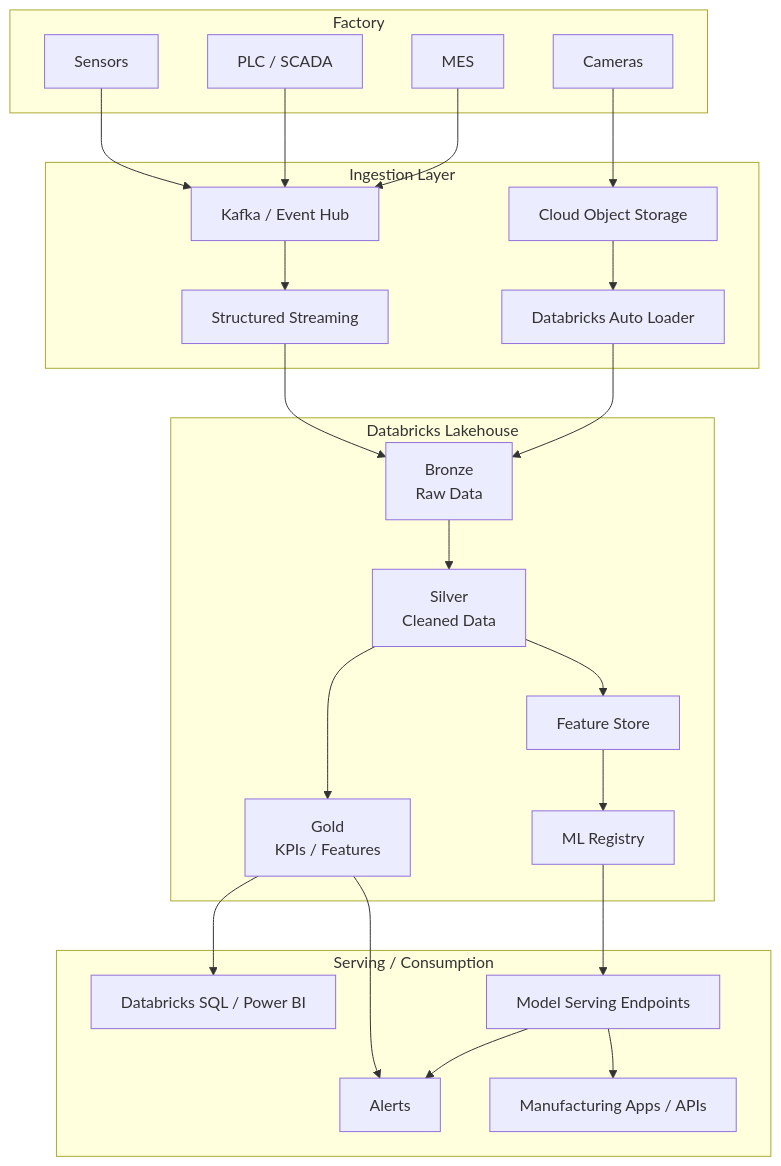
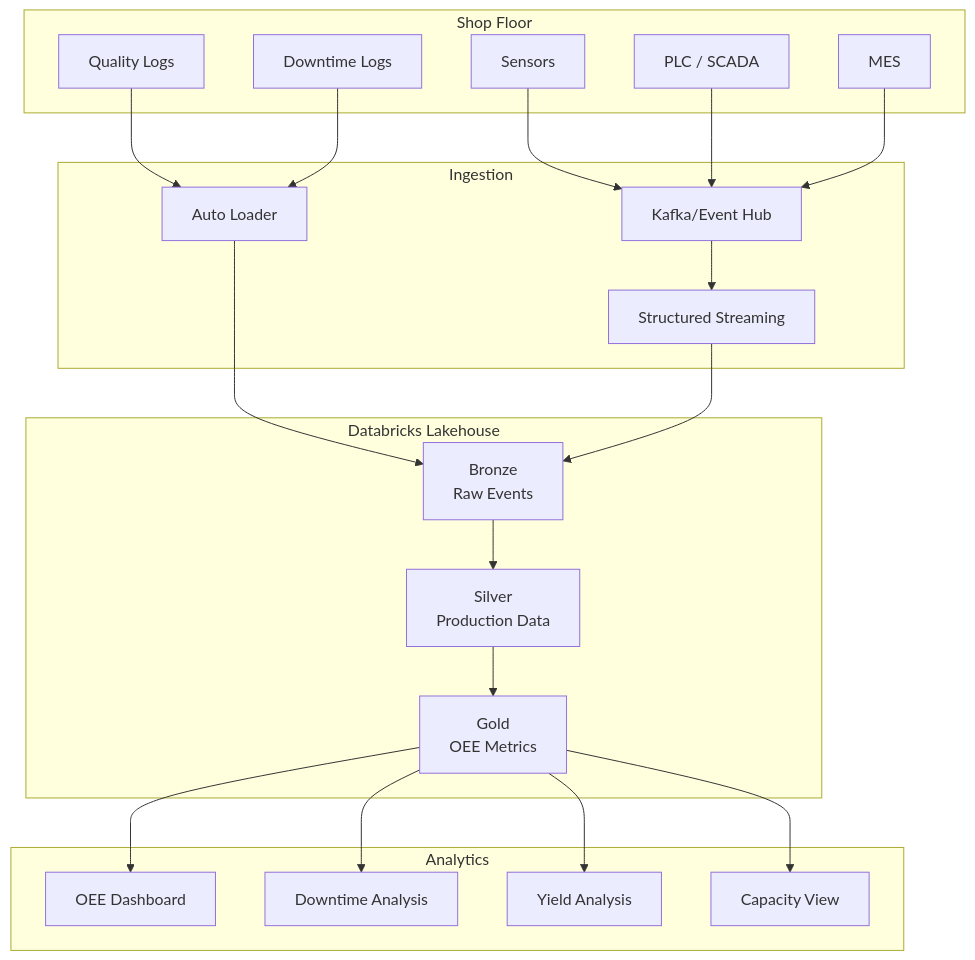
One commit to SOLVERIGHT/smart-manufacturing changed the diagram in README.md. Above: the diagram before and after it, drawn with Mermaid. The commit also changed other lines of this file, not shown here.

````diff
--- a/README.md
+++ b/README.md
@@ -3,59 +3,48 @@
 ```mermaid
 flowchart TB
 
-    %% External factory systems
-    subgraph Factory["Factory"]
+    subgraph ShopFloor["Shop Floor"]
         Sensors["Sensors"]
         PLC["PLC / SCADA"]
         MES["MES"]
-        Cameras["Cameras"]
+        Quality["Quality Logs"]
+        Downtime["Downtime Logs"]
     end
 
-    %% Ingestion layer
-    subgraph Ingestion["Ingestion Layer"]
-        Kafka["Kafka / Event Hub"]
-        ObjectStorage["Cloud Object Storage"]
-        AutoLoader["Databricks Auto Loader"]
+    subgraph Ingestion["Ingestion"]
+        EventHub["Kafka/Event Hub"]
+        AutoLoader["Auto Loader"]
         Streaming["Structured Streaming"]
     end
 
-    %% Lakehouse layer
     subgraph Lakehouse["Databricks Lakehouse"]
-        Bronze["Bronze<br/>Raw Data"]
-        Silver["Silver<br/>Cleaned Data"]
-        Gold["Gold<br/>KPIs / Features"]
-        FeatureStore["Feature Store"]
-        MLflow["ML Registry"]
+        Bronze["Bronze<br/>Raw Events"]
+        Silver["Silver<br/>Production Data"]
+        Gold["Gold<br/>OEE Metrics"]
     end
 
-    %% Serving layer
-    subgraph Serving["Serving / Consumption"]
-        Dashboards["Databricks SQL / Power BI"]
-        Alerts["Alerts"]
-        ModelServing["Model Serving Endpoints"]
-        Apps["Manufacturing Apps / APIs"]
+    subgraph Analytics["Analytics"]
+        OEE["OEE Dashboard"]
+        DowntimeRpt["Downtime Analysis"]
+        YieldRpt["Yield Analysis"]
+        CapacityRpt["Capacity View"]
     end
 
-    Sensors --> Kafka
-    PLC --> Kafka
-    MES --> Kafka
-    Cameras --> ObjectStorage
+    Sensors --> EventHub
+    PLC --> EventHub
+    MES --> EventHub
+    Quality --> AutoLoader
+    Downtime --> AutoLoader
 
-    Kafka --> Streaming
-    ObjectStorage --> AutoLoader
-
+    EventHub --> Streaming
+    AutoLoader --> Bronze
     Streaming --> Bronze
-    AutoLoader --> Bronze
 
     Bronze --> Silver
     Silver --> Gold
-    Silver --> FeatureStore
 
-    FeatureStore --> MLflow
-    MLflow --> ModelServing
-
-    Gold --> Dashboards
-    Gold --> Alerts
-    ModelServing --> Apps
-    ModelServing --> Alerts
+    Gold --> OEE
+    Gold --> DowntimeRpt
+    Gold --> YieldRpt
+    Gold --> CapacityRpt
 ```
````
